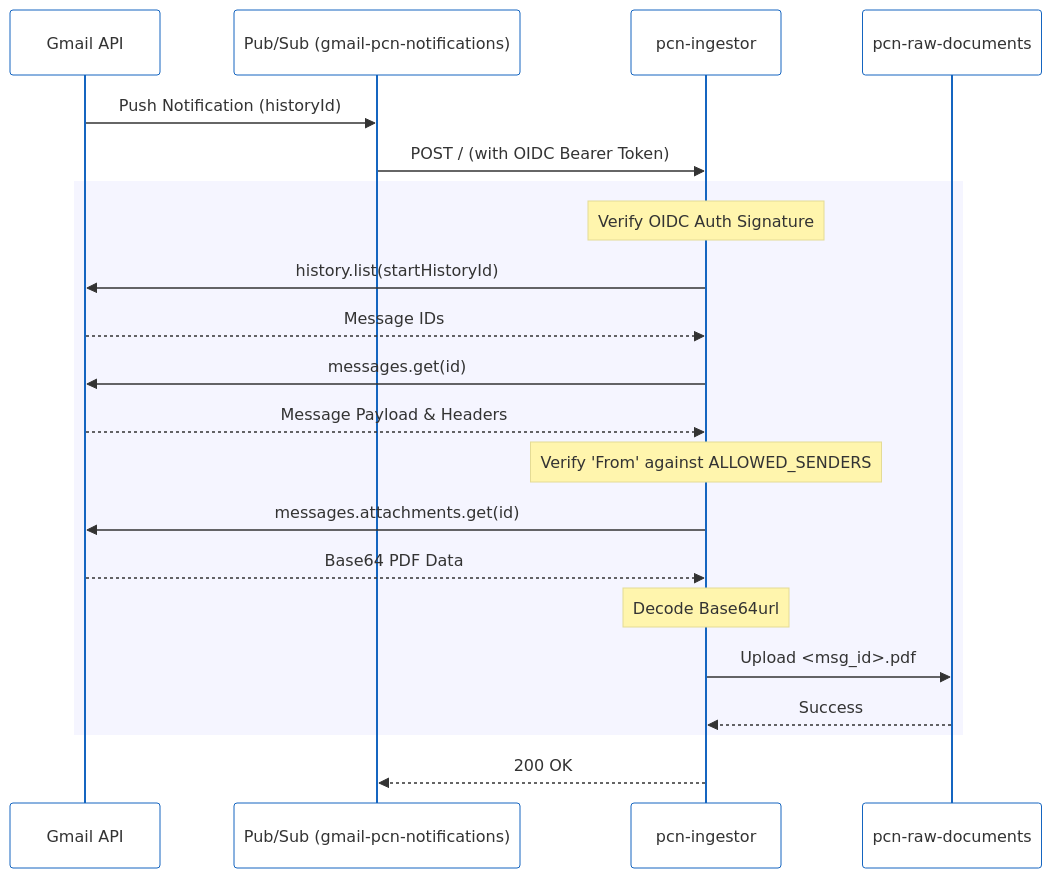
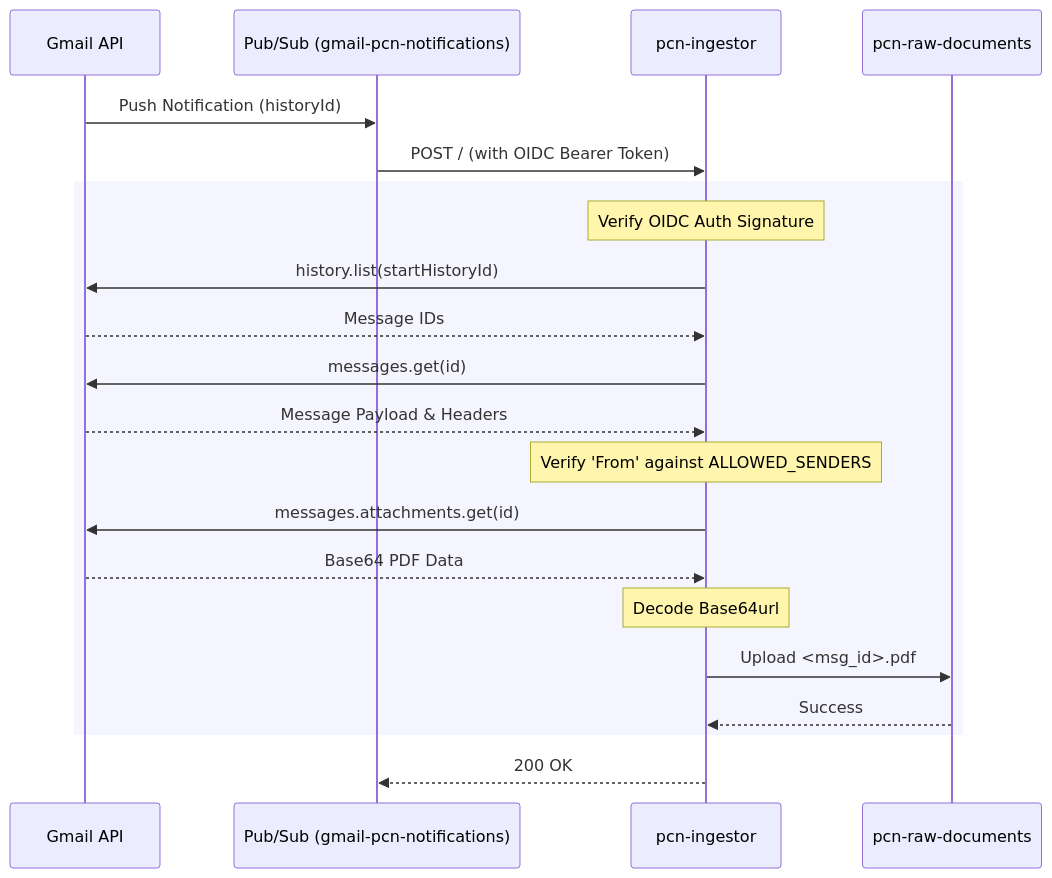
One commit to shawnsony07/pcn-orchestrator-2026 changed the diagram in docs/diagrams/ingestion-sequence.mmd. Above: the diagram before and after it, drawn with Mermaid. The commit also changed 5 other files, not shown here.

Commit message:
docs: use default mermaid theme and render with white background

```diff
--- a/docs/diagrams/ingestion-sequence.mmd
+++ b/docs/diagrams/ingestion-sequence.mmd
@@ -1,28 +1,28 @@
-%%{init: {'theme': 'base', 'themeVariables': { 'primaryColor': '#E3F2FD', 'actorBkg': '#FFFFFF', 'actorBorder': '#1565C0', 'signalColor': '#333333', 'signalTextColor': '#333333'}}}%%
+%%{init: {'theme': 'default'}}%%
 sequenceDiagram
     participant Gmail as Gmail API
     participant PubSub as Pub/Sub (gmail-pcn-notifications)
     participant Ingestor as pcn-ingestor
     participant GCS as pcn-raw-documents
 
     Gmail->>PubSub: Push Notification (historyId)
     PubSub->>Ingestor: POST / (with OIDC Bearer Token)
     
     rect rgb(245, 245, 255)
         Note over Ingestor: Verify OIDC Auth Signature
         Ingestor->>Gmail: history.list(startHistoryId)
         Gmail-->>Ingestor: Message IDs
         Ingestor->>Gmail: messages.get(id)
         Gmail-->>Ingestor: Message Payload & Headers
         
         Note over Ingestor: Verify 'From' against ALLOWED_SENDERS
         
         Ingestor->>Gmail: messages.attachments.get(id)
         Gmail-->>Ingestor: Base64 PDF Data
         
         Note over Ingestor: Decode Base64url
         Ingestor->>GCS: Upload <msg_id>.pdf
         GCS-->>Ingestor: Success
     end
     
     Ingestor-->>PubSub: 200 OK
```
